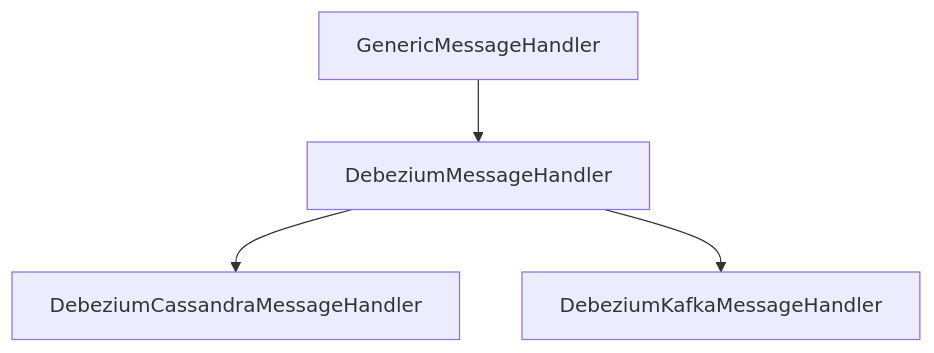
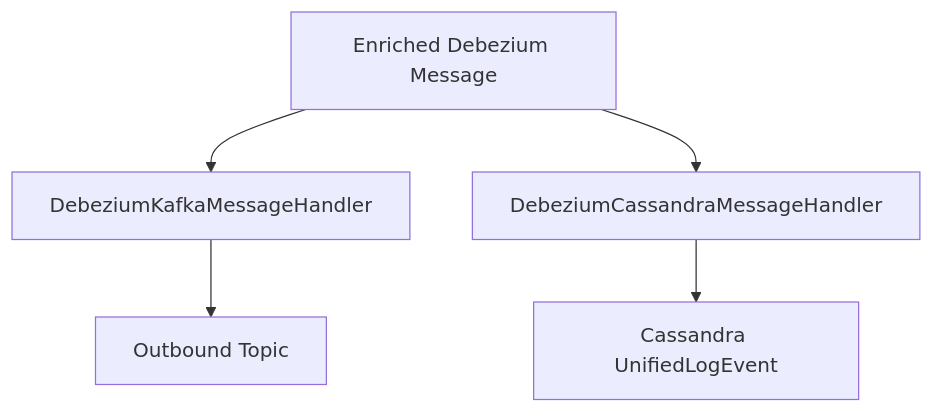
The fourth of 6 diagrams in docs/architecture/stream-service-core/stream-service-core.md (Praesto-Pro/openframe-oss-tenant), drawn with Mermaid before and after one commit. The commit also changed other lines of this file and 174 other files, not shown here.

````diff
--- a/docs/architecture/stream-service-core/stream-service-core.md
+++ b/docs/architecture/stream-service-core/stream-service-core.md
@@ -216,6 +277,7 @@
 ```mermaid
 flowchart TD
-    GenericHandler["GenericMessageHandler"] --> DebeziumHandler["DebeziumMessageHandler"]
-    DebeziumHandler --> CassandraHandler["DebeziumCassandraMessageHandler"]
-    DebeziumHandler --> KafkaHandler["DebeziumKafkaMessageHandler"]
+    Enriched["Enriched Debezium Message"] --> KafkaHandler["DebeziumKafkaMessageHandler"]
+    Enriched --> CassandraHandler["DebeziumCassandraMessageHandler"]
+    KafkaHandler --> KafkaOut["Outbound Topic"]
+    CassandraHandler --> CassandraDB["Cassandra UnifiedLogEvent"]
 ```
````
